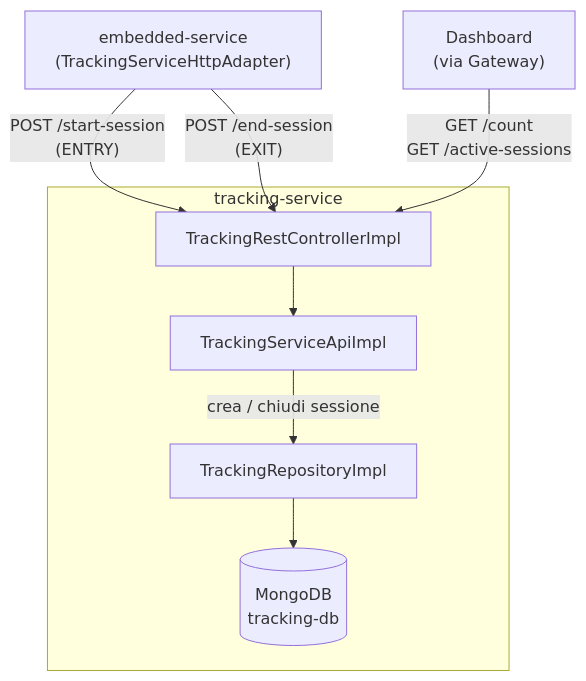
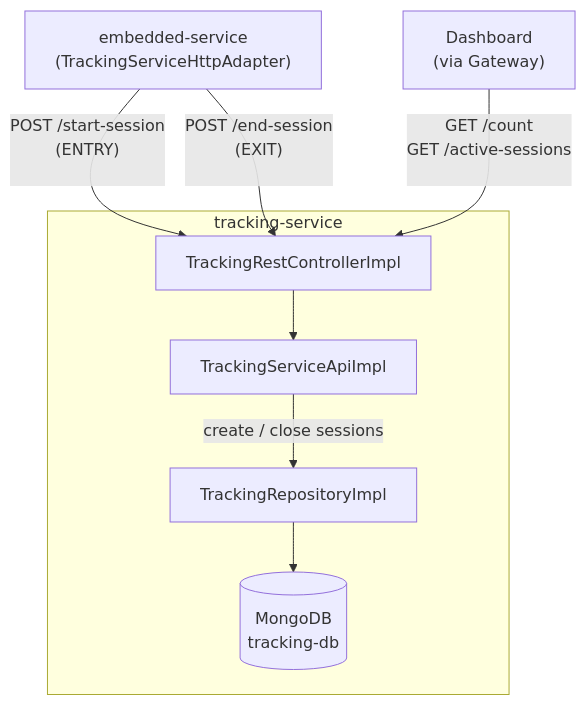
One commit to piertv21/SmartGym-Monitor changed the fifth of 10 diagrams in docs/report/Implementation.md. Above: the diagram before and after it, drawn with Mermaid. The commit also changed other lines of this file, not shown here.

Commit message:
docs: refactor docs schema

````diff
--- a/docs/report/Implementation.md
+++ b/docs/report/Implementation.md
@@ -143,16 +167,16 @@
 ```mermaid
 flowchart TD
     EMB["embedded-service\n(TrackingServiceHttpAdapter)"]
     DASH["Dashboard\n(via Gateway)"]
 
     subgraph tracking-service
         CTRL["TrackingRestControllerImpl"]
         CTRL --> API["TrackingServiceApiImpl"]
-        API -->|"crea / chiudi sessione"| REPO["TrackingRepositoryImpl"]
+        API -->|"create / close sessions"| REPO["TrackingRepositoryImpl"]
         REPO --> DB[(MongoDB\ntracking-db)]
     end
 
-    EMB -->|"POST /start-session\n(ENTRY)"| CTRL
-    EMB -->|"POST /end-session\n(EXIT)"| CTRL
-    DASH -->|"GET /count\nGET /active-sessions"| CTRL
+    EMB -->|"POST /start-session\n(ENTRY)\n\n"| CTRL
+    EMB -->|"POST /end-session\n(EXIT)\n\n"| CTRL
+    DASH -->|"GET /count\n GET      /active-sessions \n\n"| CTRL
 ```
````
